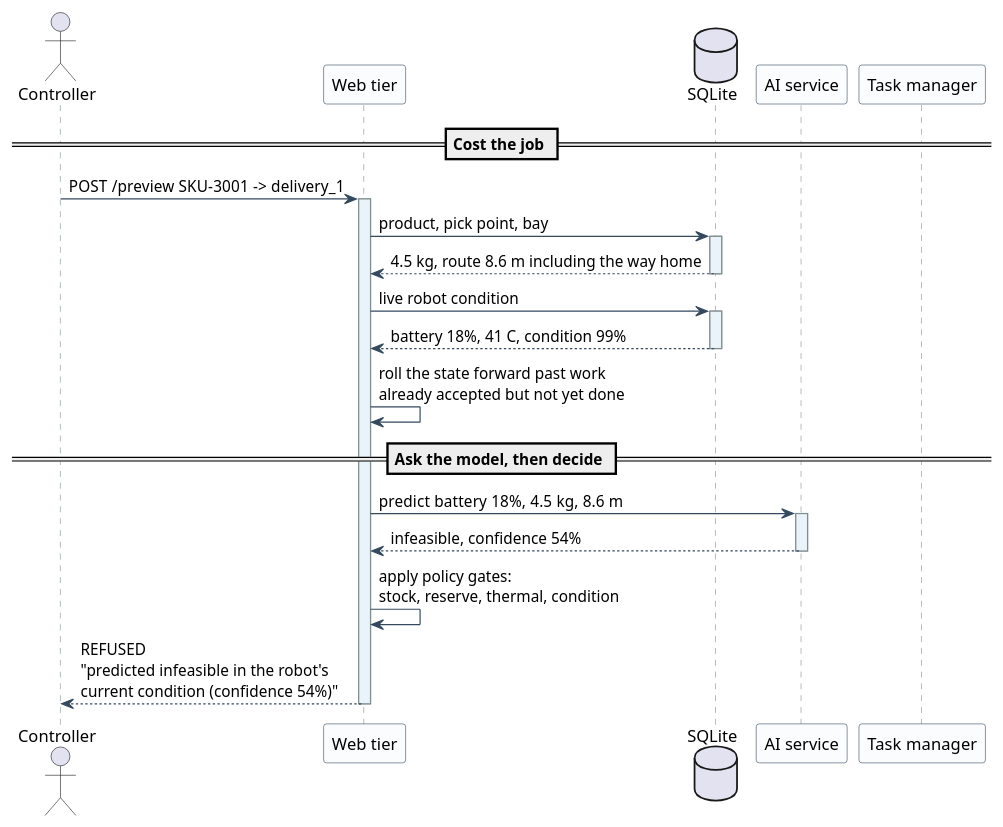
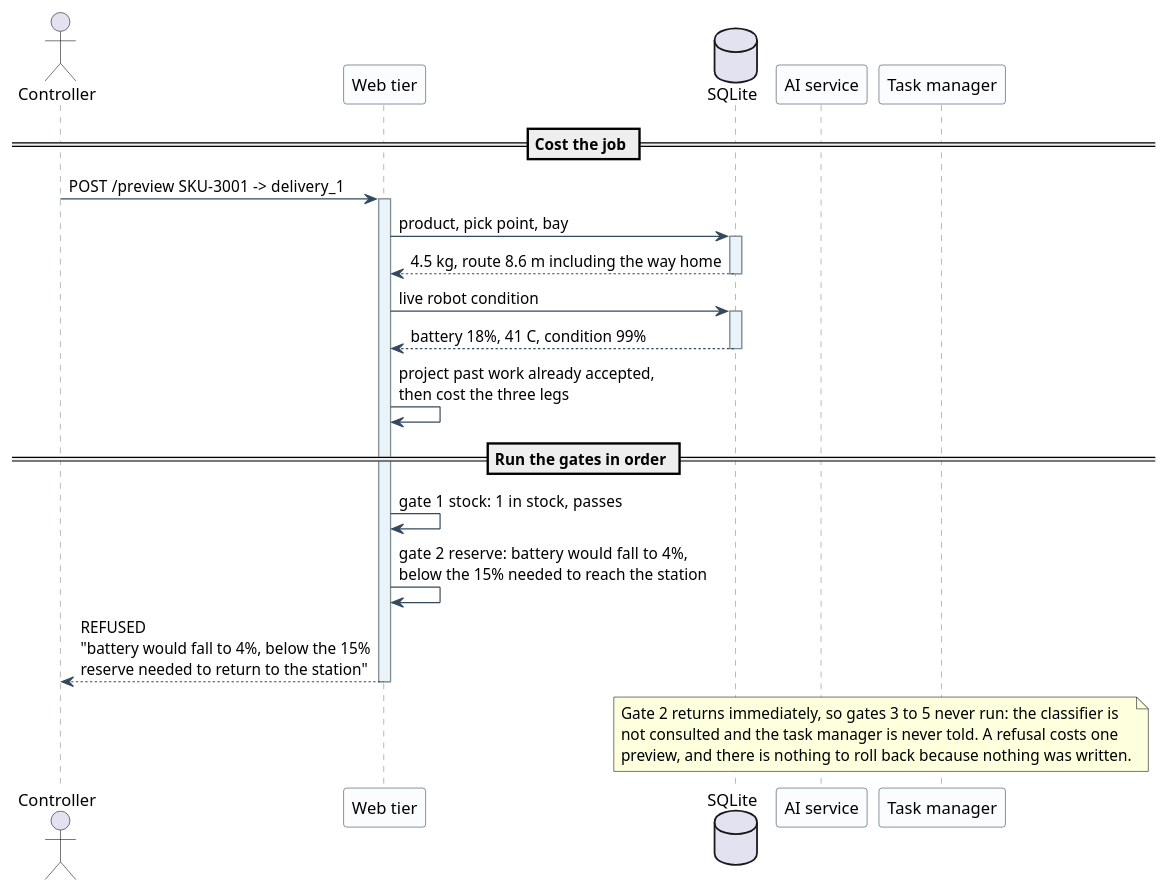
One commit to ArianShafagh/robofetch changed the diagram in report/uml/11-sequence-order-refused.puml. Above: the diagram before and after it, drawn with PlantUML. The commit also changed other lines of this file and 4 other files, not shown here.

First line of the commit message:
Scenarios 1 and 2: show the admission gates in the order the code runs them

```diff
--- a/report/uml/11-sequence-order-refused.puml
+++ b/report/uml/11-sequence-order-refused.puml
@@ -7,33 +14,37 @@
 @startuml
 skinparam backgroundColor White
 skinparam shadowing false
 skinparam sequence {
   ArrowColor #34495E
   LifeLineBorderColor #7F8C8D
   ParticipantBorderColor #34495E
   ParticipantBackgroundColor #FBFCFE
   LifeLineBackgroundColor #EAF2FA
 }
-
 
 actor Controller as C
 participant "Web tier" as API
 database "SQLite" as DB
 participant "AI service" as AI
 participant "Task manager" as TM
 
 == Cost the job ==
 C -> API ++ : POST /preview  SKU-3001 -> delivery_1
 API -> DB ++ : product, pick point, bay
 DB --> API -- : 4.5 kg, route 8.6 m including the way home
 API -> DB ++ : live robot condition
 DB --> API -- : battery 18%, 41 C, condition 99%
-API -> API : roll the state forward past work\nalready accepted but not yet done
+API -> API : project past work already accepted,\nthen cost the three legs
 
-== Ask the model, then decide ==
-API -> AI ++ : predict  battery 18%, 4.5 kg, 8.6 m
-AI --> API -- : infeasible, confidence 54%
-API -> API : apply policy gates:\nstock, reserve, thermal, condition
-API --> C -- : REFUSED\n"predicted infeasible in the robot's\ncurrent condition (confidence 54%)"
+== Run the gates in order ==
+API -> API : gate 1  stock: 1 in stock, passes
+API -> API : gate 2  reserve: battery would fall to 4%,\nbelow the 15% needed to reach the station
+API --> C -- : REFUSED\n"battery would fall to 4%, below the 15%\nreserve needed to return to the station"
+
+note over AI, TM
+  Gate 2 returns immediately, so gates 3 to 5 never run: the classifier is
+  not consulted and the task manager is never told. A refusal costs one
+  preview, and there is nothing to roll back because nothing was written.
+end note
 
 @enduml
```
